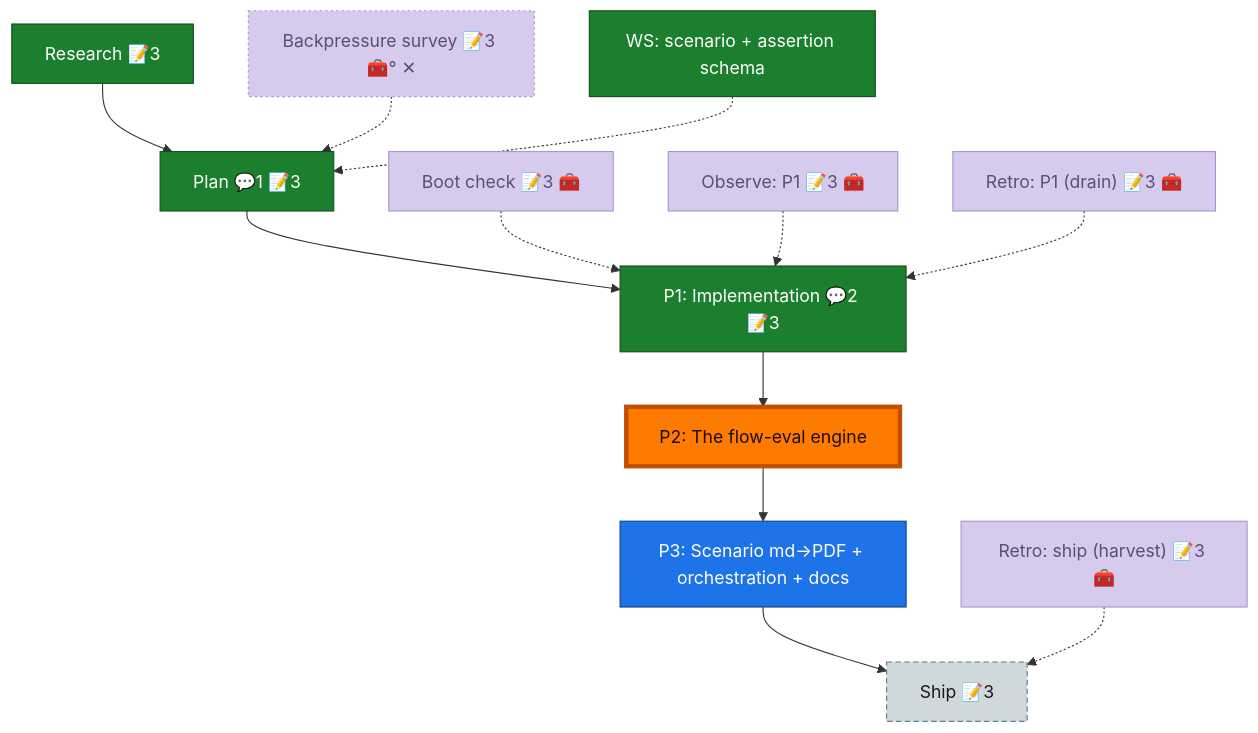
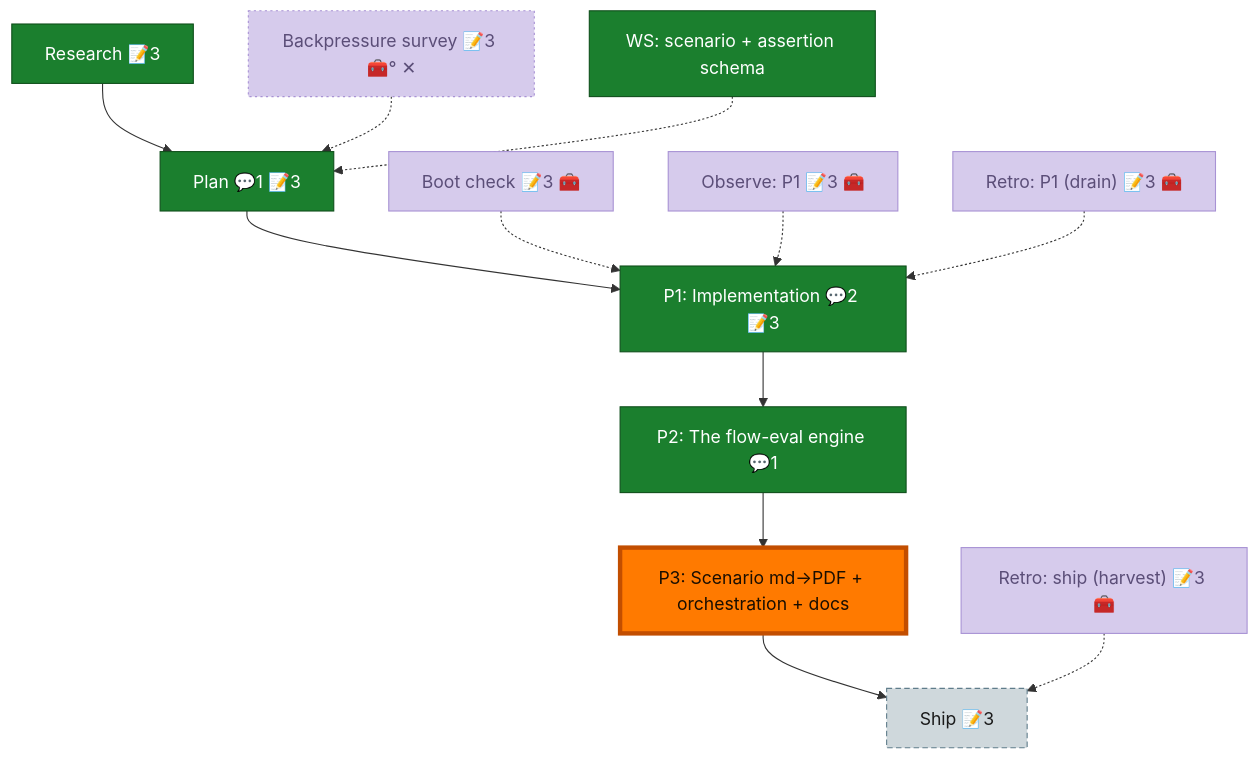
Before and after one commit to AI-Substrate/harness-engineering: the diagram in docs/plans/041-flow-conformance-eval/the-flow.md, drawn with Mermaid. The commit also changed other lines of this file and 19 other files, not shown here.

First line of the commit message:
feat(flow-eval-041): Phase 2 — the flow-eval engine

````diff
--- a/docs/plans/041-flow-conformance-eval/the-flow.md
+++ b/docs/plans/041-flow-conformance-eval/the-flow.md
@@ -8,46 +8,46 @@
 ```mermaid
 flowchart TD
     research["Research 📝3"]:::done
     plan["Plan 💬1 📝3"]:::done
     phase_1["P1: Implementation 💬2 📝3"]:::done
     ship["Ship 📝3"]:::assumed
-    phase_2["P2: The flow-eval engine"]:::known
+    phase_2["P2: The flow-eval engine 💬1"]:::done
     phase_3["P3: Scenario md→PDF + orchestration + docs"]:::known
 
     research --> plan
     plan --> phase_1
     phase_1 --> phase_2
     phase_2 --> phase_3
     phase_3 --> ship
 
     backpressure["Backpressure survey 📝3 🧰° ✕"]:::harnessFaded
     boot_1["Boot check 📝3 🧰"]:::harnessFaded
     observe_1["Observe: P1 📝3 🧰"]:::harnessFaded
     retro_1["Retro: P1 (drain) 📝3 🧰"]:::harnessFaded
     retro_ship["Retro: ship (harvest) 📝3 🧰"]:::harnessFaded
     ws_scenario_schema["WS: scenario + assertion schema"]:::done
     backpressure -.-> plan
     boot_1 -.-> phase_1
     observe_1 -.-> phase_1
     retro_1 -.-> phase_1
     retro_ship -.-> ship
     ws_scenario_schema -.-> plan
 
     classDef done fill:#1B7F2E,stroke:#0F4F1B,color:#fff;
     classDef wip fill:#43C04A,stroke:#1B7F2E,color:#04210A;
     classDef blocked fill:#E53935,stroke:#8E1513,color:#fff;
     classDef known fill:#1E73E8,stroke:#0D3F86,color:#fff;
     classDef assumed fill:#CFD8DC,stroke:#607D8B,color:#1a1a1a,stroke-dasharray:5 3;
     classDef said fill:#FFD21F,stroke:#C79100,color:#241c00;
     classDef harness fill:#7E3FF2,stroke:#4A1FA8,color:#fff;
     classDef harnessFaded fill:#D6CBEC,stroke:#A892D4,color:#5B4E78;
     classDef decision fill:#FF8F00,stroke:#B25E00,color:#1a1100,stroke-dasharray:2 2;
     classDef companion fill:#AB2FCB,stroke:#6A1480,color:#fff;
     classDef worker fill:#00A38C,stroke:#005046,color:#fff;
     classDef unknown fill:#ECEFF1,stroke:#90A4AE,color:#1a1a1a,stroke-dasharray:1 4;
     classDef impOptional stroke-dasharray:2 3;
     classDef impStrong stroke-width:3px;
     classDef current fill:#FF7A00,stroke:#C24E00,color:#1a0e00,stroke-width:4px;
     class backpressure impOptional;
-    class phase_2 current;
+    class phase_3 current;
 ```
````
